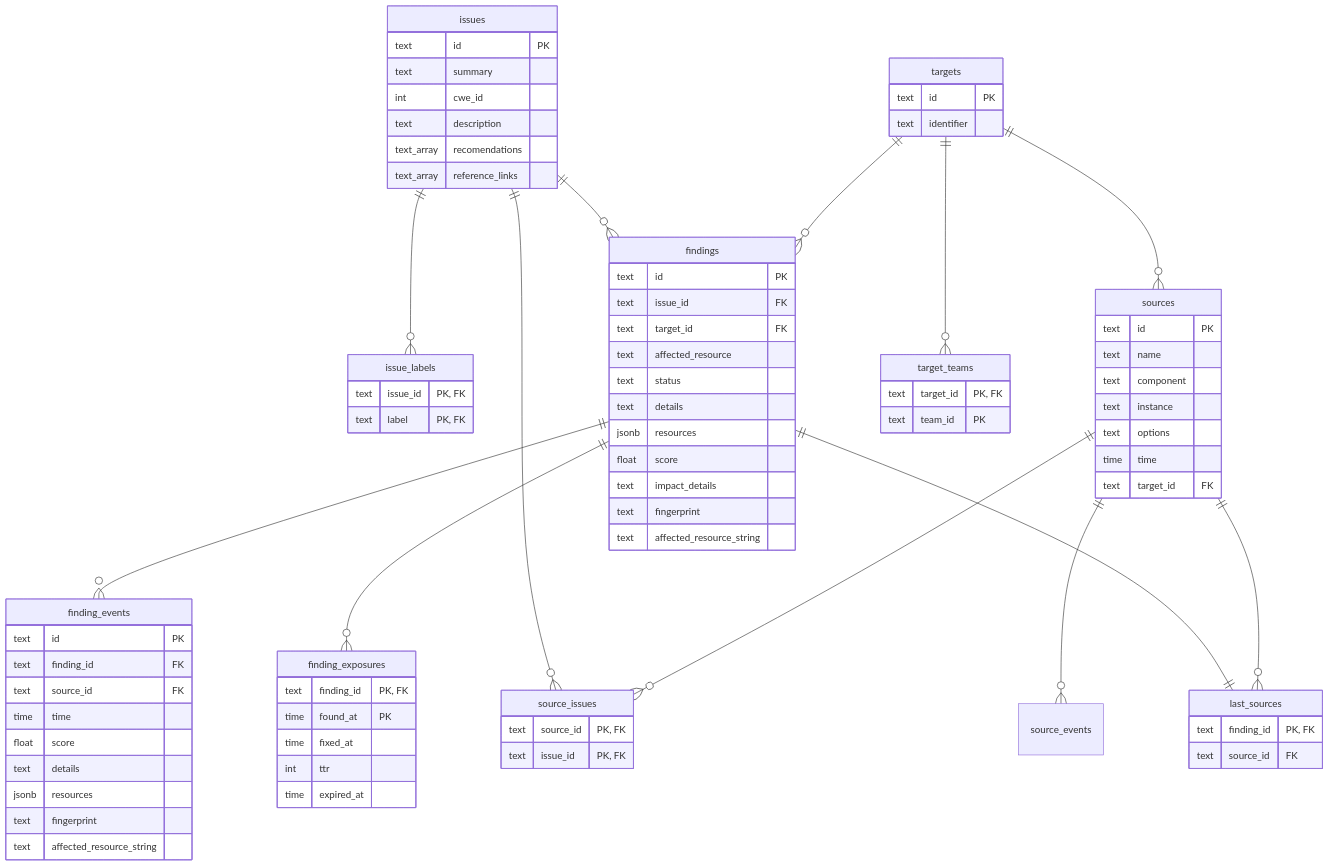
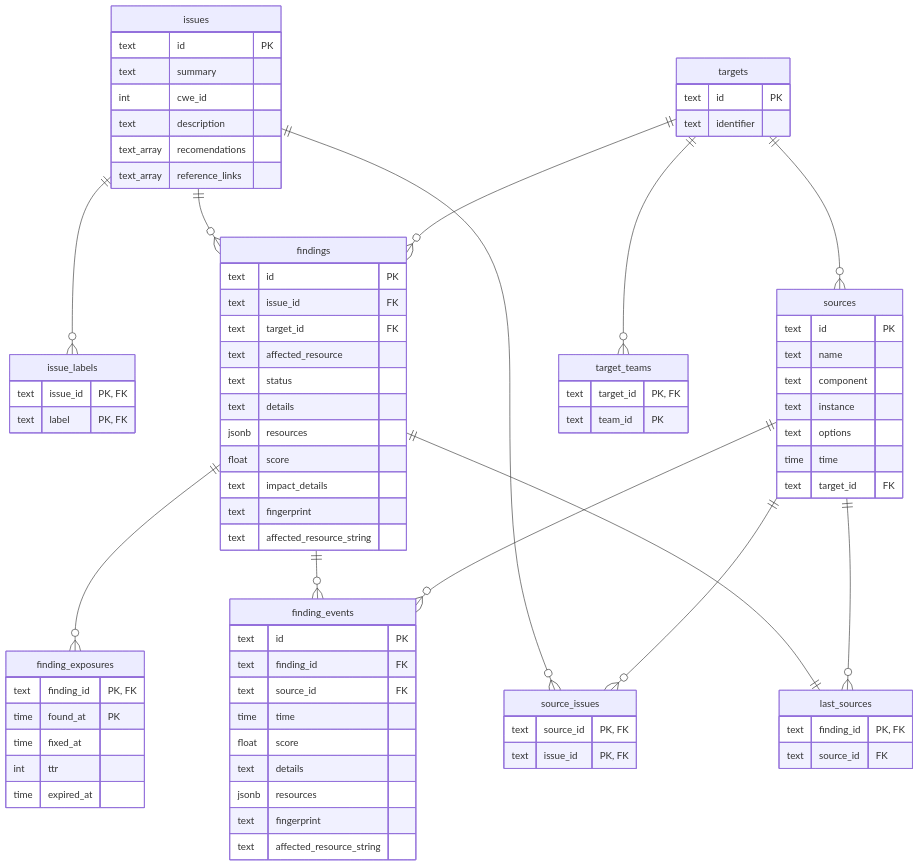
One commit to adevinta/vulcan-docs changed the first of 3 diagrams in docs/data-models.md. Above: the diagram before and after it, drawn with Mermaid.

```diff
--- a/docs/data-models.md
+++ b/docs/data-models.md
@@ -80,7 +80,7 @@
     targets ||--o{ target_teams : ""
     targets ||--o{ findings : ""
     targets ||--o{ sources : ""
-    sources ||--o{ source_events : ""
+    sources ||--o{ finding_events : ""
     sources ||--o{ source_issues : ""
     sources ||--o{ last_sources : ""
     issues ||--o{ source_issues : ""
```
